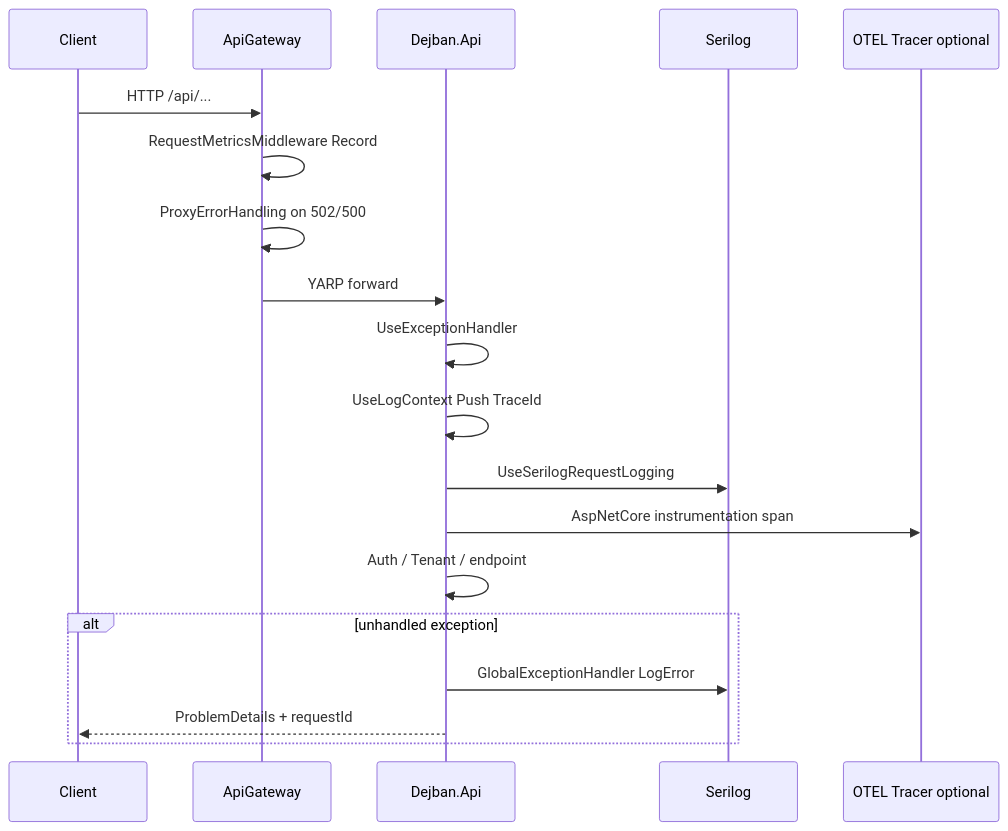
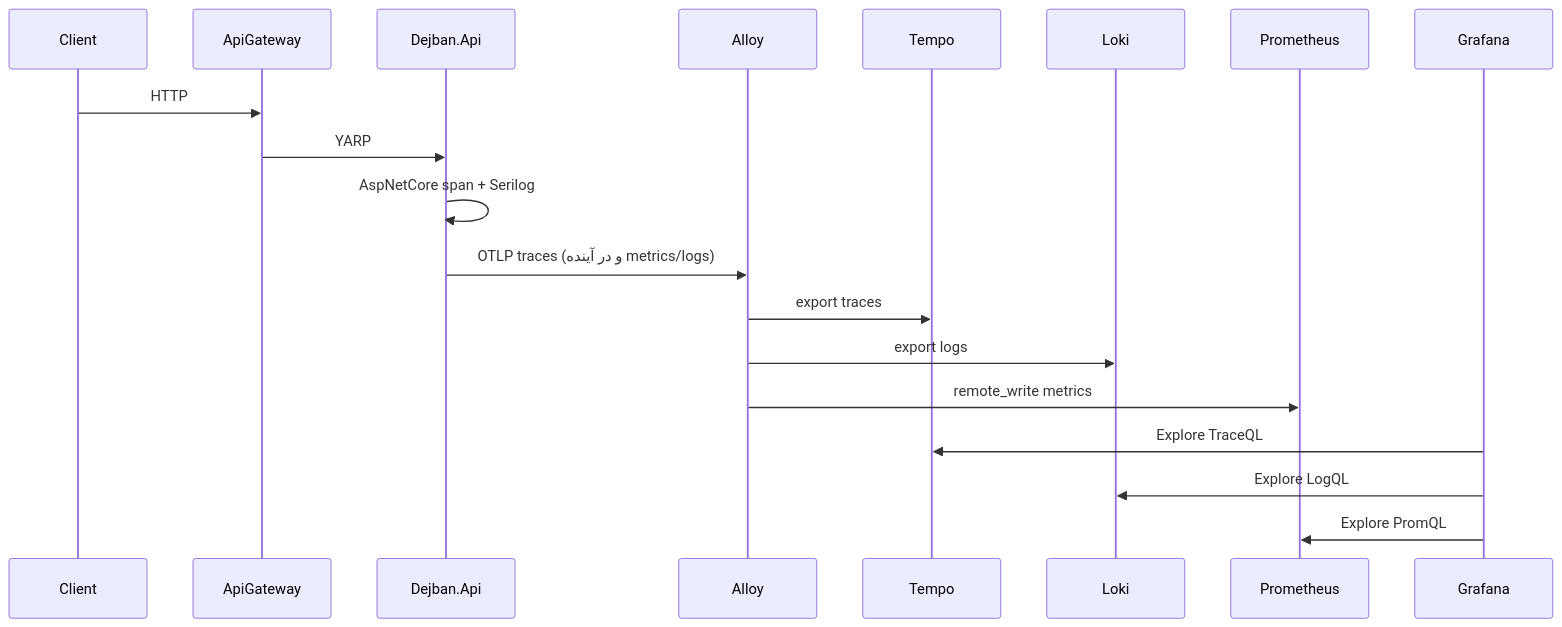
The second of 2 diagrams in technical-learning/20-observability.md (alllishtein/Resume), drawn with Mermaid before and after one commit. The commit also changed other lines of this file and 3 other files, not shown here.

````diff
--- a/technical-learning/20-observability.md
+++ b/technical-learning/20-observability.md
@@ -127,22 +220,22 @@
 ```mermaid
 sequenceDiagram
-  participant C as Client
+  participant UI as Client
   participant GW as ApiGateway
   participant D as Dejban.Api
-  participant S as Serilog
-  participant O as OTEL Tracer optional
+  participant A as Alloy
+  participant T as Tempo
+  participant L as Loki
+  participant P as Prometheus
+  participant G as Grafana
 
-  C->>GW: HTTP /api/...
-  GW->>GW: RequestMetricsMiddleware Record
-  GW->>GW: ProxyErrorHandling on 502/500
-  GW->>D: YARP forward
-  D->>D: UseExceptionHandler
-  D->>D: UseLogContext Push TraceId
-  D->>S: UseSerilogRequestLogging
-  D->>O: AspNetCore instrumentation span
-  D->>D: Auth / Tenant / endpoint
-  alt unhandled exception
-    D->>S: GlobalExceptionHandler LogError
-    D-->>C: ProblemDetails + requestId
-  end
+  UI->>GW: HTTP
+  GW->>D: YARP
+  D->>D: AspNetCore span + Serilog
+  D->>A: OTLP traces (و در آینده metrics/logs)
+  A->>T: export traces
+  A->>L: export logs
+  A->>P: remote_write metrics
+  G->>T: Explore TraceQL
+  G->>L: Explore LogQL
+  G->>P: Explore PromQL
 ```
````
